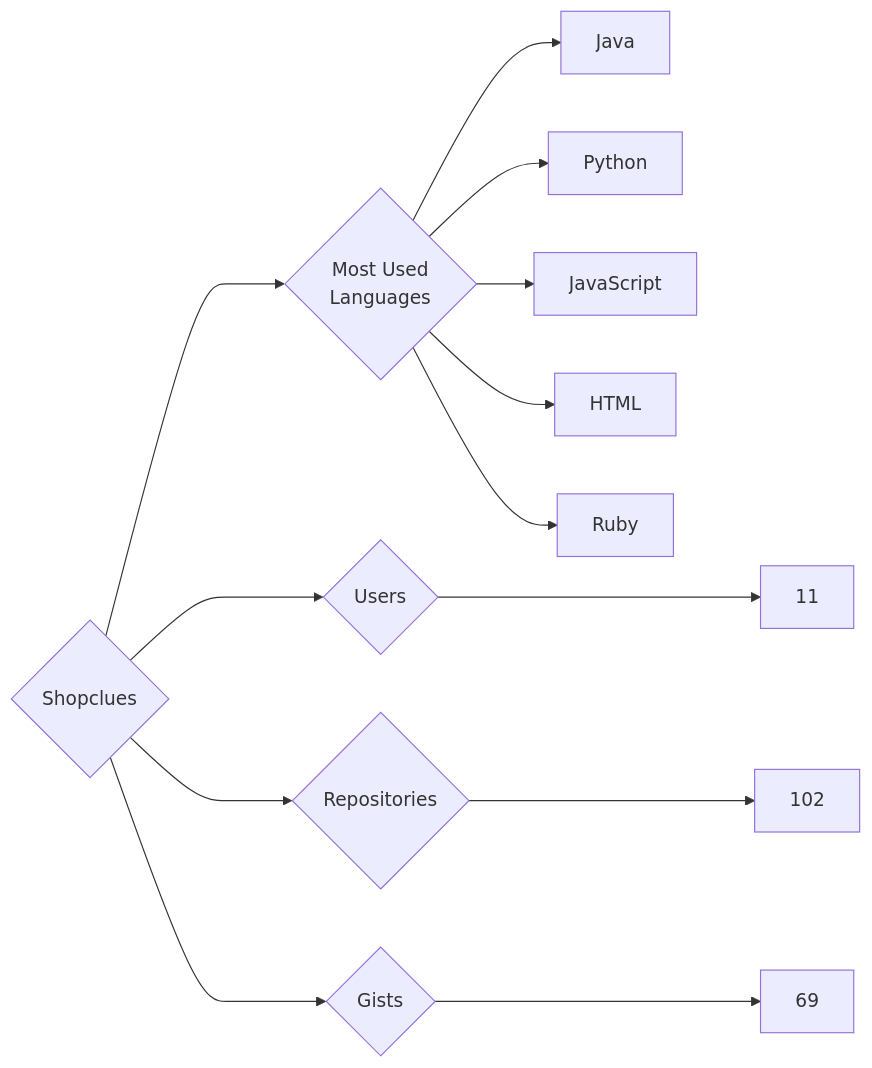
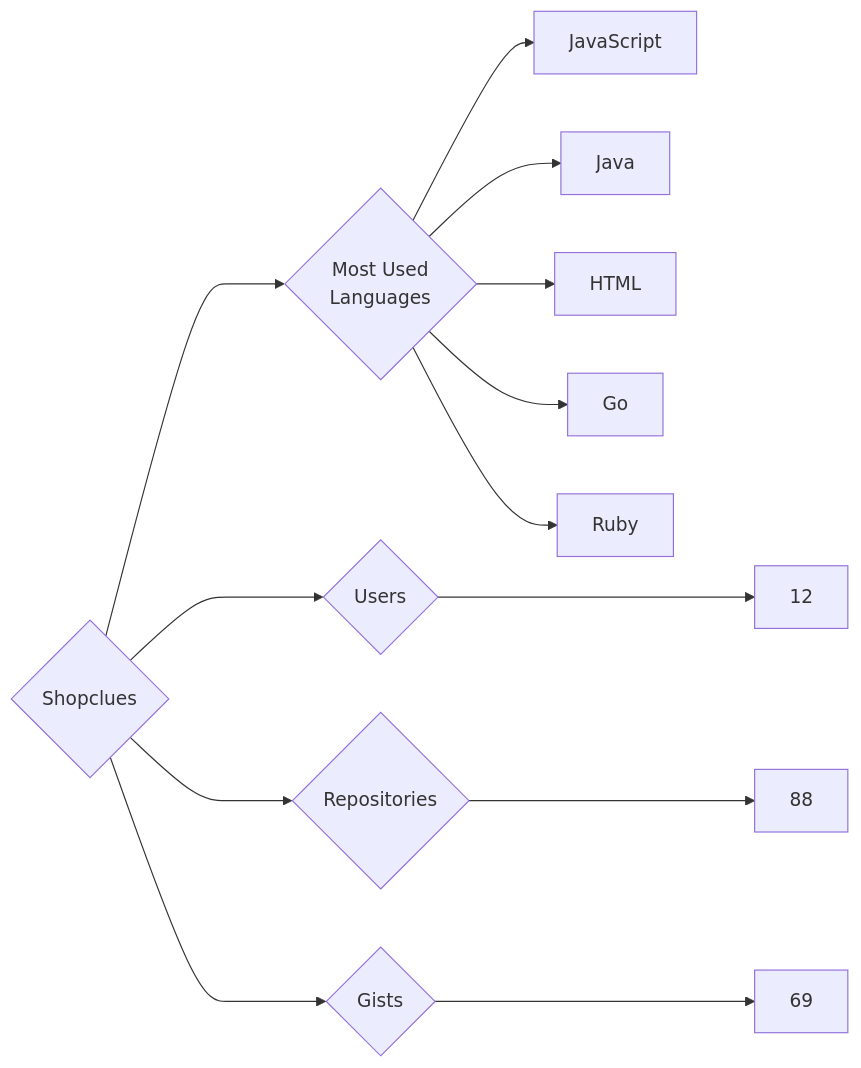
One commit to trickest/insiders changed the diagram in targets/Shopclues/README.md. Above: the diagram before and after it, drawn with Mermaid. The commit also changed 770 other files, not shown here.

````diff
--- a/targets/Shopclues/README.md
+++ b/targets/Shopclues/README.md
@@ -3,13 +3,13 @@
 ```mermaid
 graph LR
 COMPANY_NAME{Shopclues}
-COMPANY_NAME ---> U{Users} ---> UN[11]
-COMPANY_NAME ---> R{Repositories} ---> RN[102]
+COMPANY_NAME ---> U{Users} ---> UN[12]
+COMPANY_NAME ---> R{Repositories} ---> RN[88]
 COMPANY_NAME ---> G{Gists} ---> GN[69]
 COMPANY_NAME ---> ML{Most Used<br>Languages}
+ML --> JavaScript[JavaScript]
 ML --> Java[Java]
-ML --> Python[Python]
-ML --> JavaScript[JavaScript]
 ML --> HTML[HTML]
+ML --> Go[Go]
 ML --> Ruby[Ruby]
 ```
````
